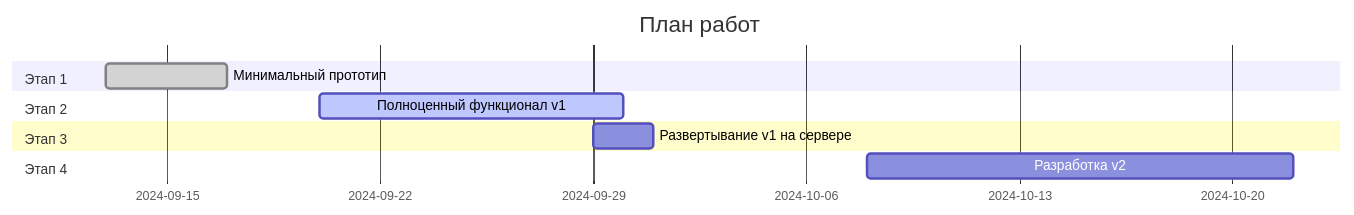
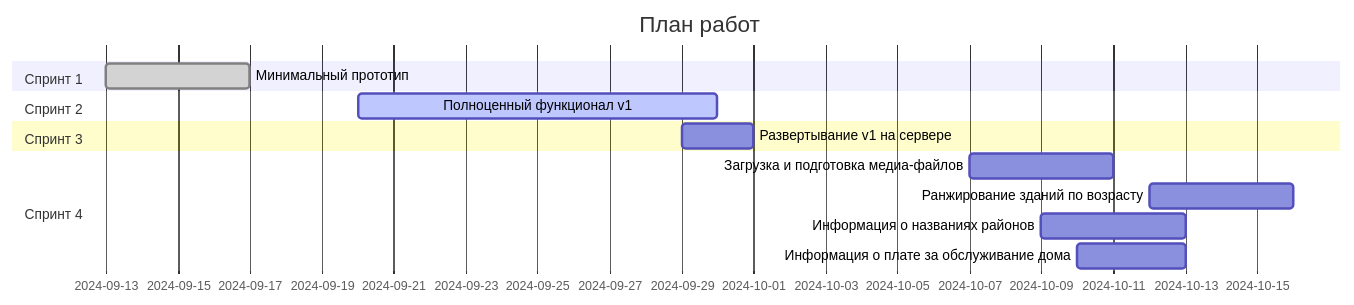
One commit to worker-one/real_estate_telegram_bot changed the diagram in ROADMAP.md. Above: the diagram before and after it, drawn with Mermaid. The commit also changed other lines of this file, not shown here.

````diff
--- a/ROADMAP.md
+++ b/ROADMAP.md
@@ -67,13 +120,17 @@
 ```mermaid
 gantt
     dateFormat  YYYY-MM-DD
     title План работ
-    section Этап 1
+    section Спринт 1
     Минимальный прототип        :done, 2024-09-13, 4d
-    section Этап 2
+    section Спринт 2
     Полноценный функционал v1      :active, 2024-09-20, 10d
-    section Этап 3
+    section Спринт 3
     Развертывание v1 на сервере    :2024-09-29, 2d
-    section Этап 4
-    Разработка v2    :2024-10-08, 14d
+    section Спринт 4
+    Загрузка и подготовка медиа-файлов    :2024-10-07, 4d
+    Ранжирование зданий по возрасту :2024-10-12, 4d
+    Информация о названиях районов :2024-10-09, 4d
+    Информация о плате за обслуживание дома :2024-10-10, 3d
+
 ```
````
